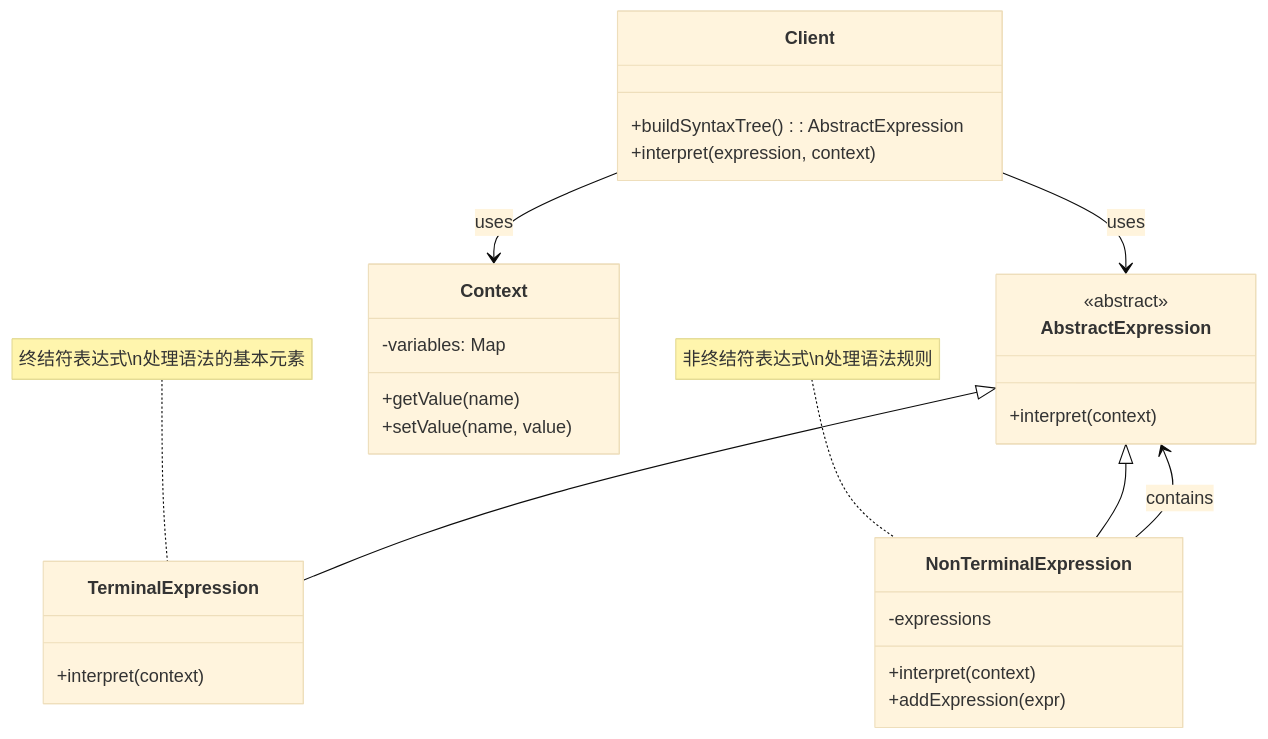
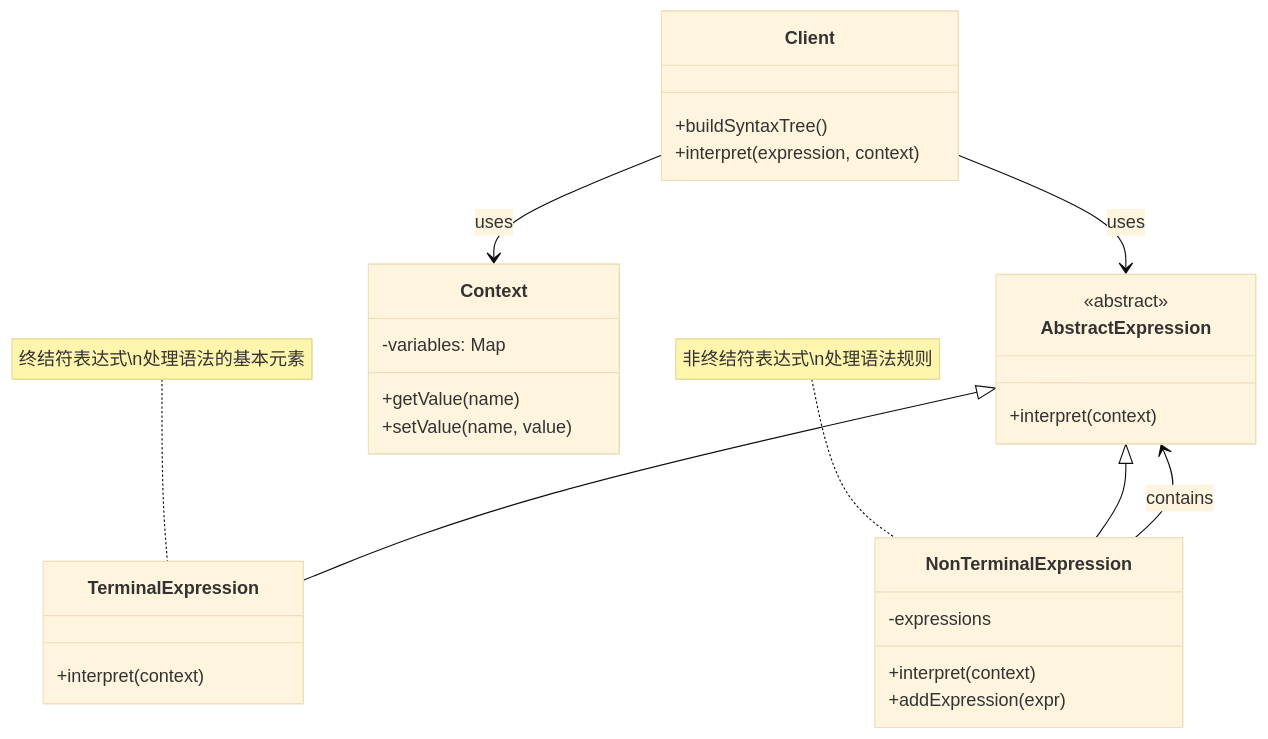
Before and after one commit to fanly/DesignPattern: the first of 6 diagrams in resources/design-patterns/laravel/behavioral/interpreter_zh.md, drawn with Mermaid (base theme). The commit also changed other lines of this file and 17 other files, not shown here.

````diff
--- a/resources/design-patterns/laravel/behavioral/interpreter_zh.md
+++ b/resources/design-patterns/laravel/behavioral/interpreter_zh.md
@@ -10,37 +10,37 @@
 ```mermaid
 classDiagram
     class AbstractExpression {
         <<abstract>>
         +interpret(context)
     }
     
     class TerminalExpression {
         +interpret(context)
     }
     
     class NonTerminalExpression {
         -expressions
         +interpret(context)
         +addExpression(expr)
     }
     
     class Context {
         -variables: Map
         +getValue(name)
         +setValue(name, value)
     }
     
     class Client {
-        +buildSyntaxTree(): AbstractExpression
+        +buildSyntaxTree()
         +interpret(expression, context)
     }
     
     AbstractExpression <|-- TerminalExpression
     AbstractExpression <|-- NonTerminalExpression
     NonTerminalExpression --> AbstractExpression : contains
     Client --> AbstractExpression : uses
     Client --> Context : uses
     
     note for TerminalExpression "终结符表达式\n处理语法的基本元素"
     note for NonTerminalExpression "非终结符表达式\n处理语法规则"
 ```
````
